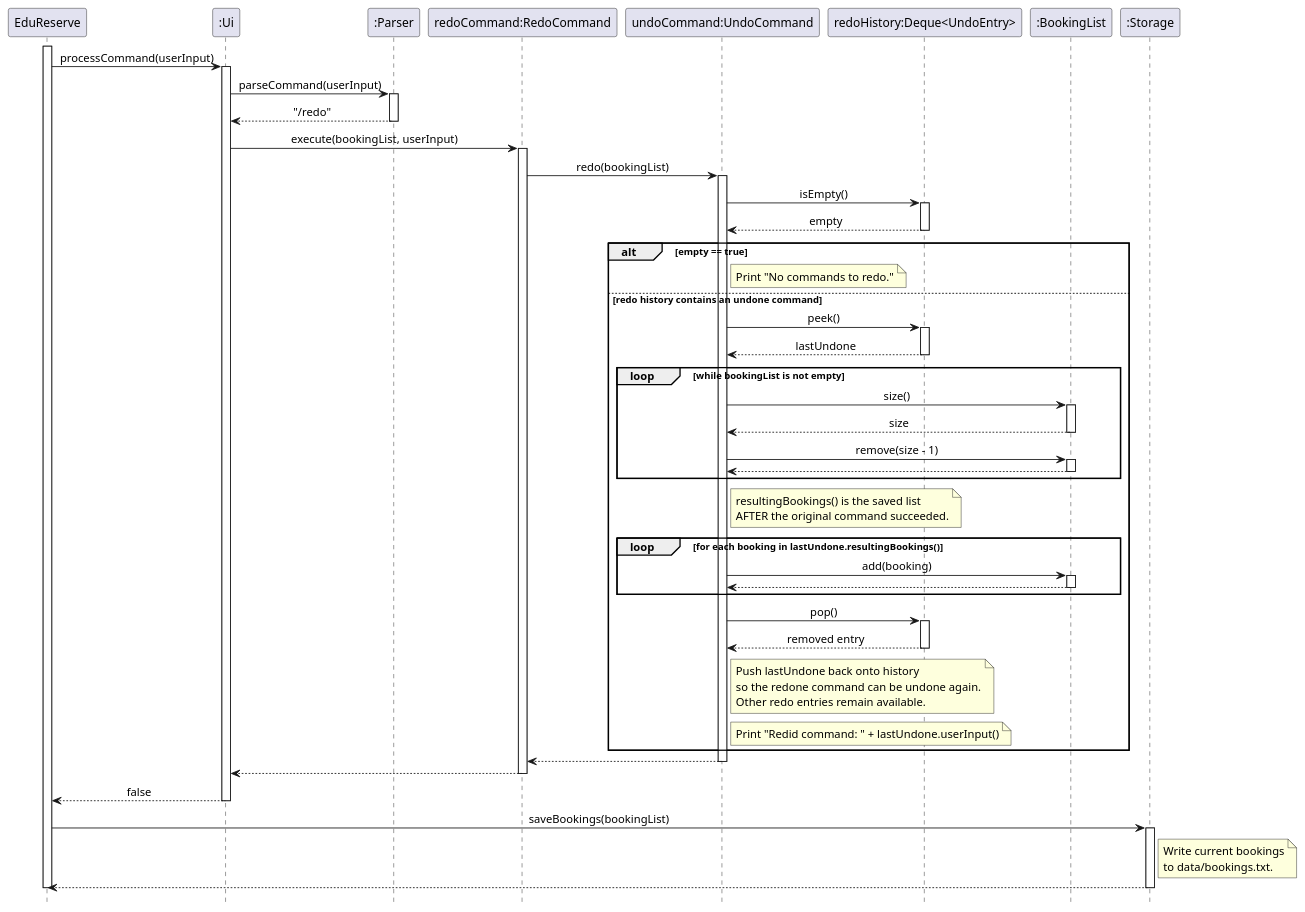
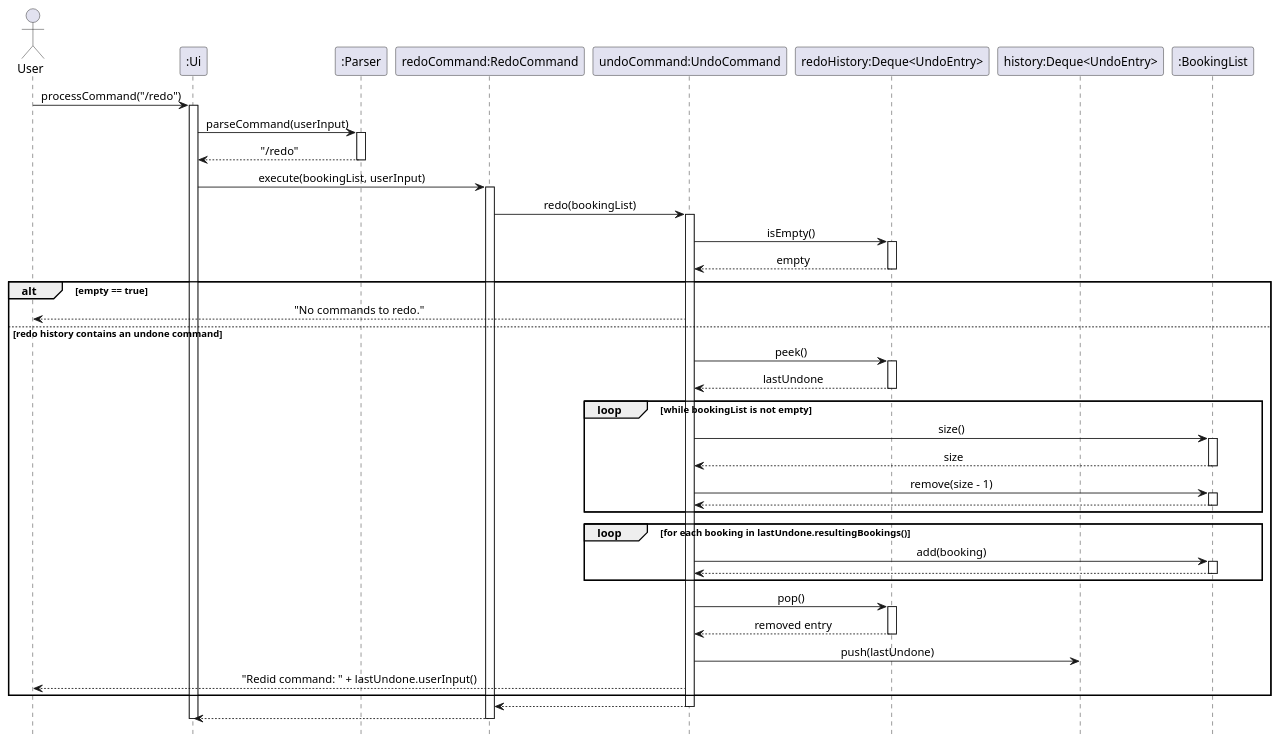
Before and after one commit to AY2627S1-CS2113-W14-2/tp: the diagram in docs/UMLDiagrams/RedoCommandSequenceDiagram.puml, drawn with PlantUML. The commit also changed 28 other files, not shown here.

Commit message:
Added class diagrams and made sequence diagrams consistent

```diff
--- a/docs/UMLDiagrams/RedoCommandSequenceDiagram.puml
+++ b/docs/UMLDiagrams/RedoCommandSequenceDiagram.puml
@@ -1,90 +1,73 @@
 @startuml
 ' @author Maxkedd
 skinparam sequenceMessageAlign center
 hide footbox
 
-participant "EduReserve" as App
+actor User
 participant ":Ui" as UI
 participant ":Parser" as Parser
 participant "redoCommand:RedoCommand" as Redo
 participant "undoCommand:UndoCommand" as Undo
 participant "redoHistory:Deque<UndoEntry>" as RedoHistory
+participant "history:Deque<UndoEntry>" as History
 participant ":BookingList" as Bookings
-participant ":Storage" as Storage
 
-activate App
-App -> UI: processCommand(userInput)
+User -> UI: processCommand("/redo")
 activate UI
 UI -> Parser: parseCommand(userInput)
 activate Parser
 Parser --> UI: "/redo"
 deactivate Parser
 
 UI -> Redo: execute(bookingList, userInput)
 activate Redo
 Redo -> Undo: redo(bookingList)
 activate Undo
 Undo -> RedoHistory: isEmpty()
 activate RedoHistory
 RedoHistory --> Undo: empty
 deactivate RedoHistory
 
 alt empty == true
-    note right of Undo: Print "No commands to redo."
+    Undo --> User: "No commands to redo."
 else redo history contains an undone command
     Undo -> RedoHistory: peek()
     activate RedoHistory
     RedoHistory --> Undo: lastUndone
     deactivate RedoHistory
 
     loop while bookingList is not empty
         Undo -> Bookings: size()
         activate Bookings
         Bookings --> Undo: size
         deactivate Bookings
         Undo -> Bookings: remove(size - 1)
         activate Bookings
         Bookings --> Undo
         deactivate Bookings
     end
 
-    note right of Undo
-        resultingBookings() is the saved list
-        AFTER the original command succeeded.
-    end note
-
     loop for each booking in lastUndone.resultingBookings()
         Undo -> Bookings: add(booking)
         activate Bookings
         Bookings --> Undo
         deactivate Bookings
     end
 
     Undo -> RedoHistory: pop()
     activate RedoHistory
     RedoHistory --> Undo: removed entry
     deactivate RedoHistory
 
-    note right of Undo
-        Push lastUndone back onto history
-        so the redone command can be undone again.
-        Other redo entries remain available.
-    end note
+    Undo -> History: push(lastUndone)
 
-    note right of Undo: Print "Redid command: " + lastUndone.userInput()
+    Undo --> User: "Redid command: " + lastUndone.userInput()
 end
 
 Undo --> Redo
 deactivate Undo
 Redo --> UI
 deactivate Redo
-UI --> App: false
 deactivate UI
 
-App -> Storage: saveBookings(bookingList)
-activate Storage
-note right of Storage: Write current bookings\nto data/bookings.txt.
-Storage --> App
-deactivate Storage
-deactivate App
 @enduml
```
